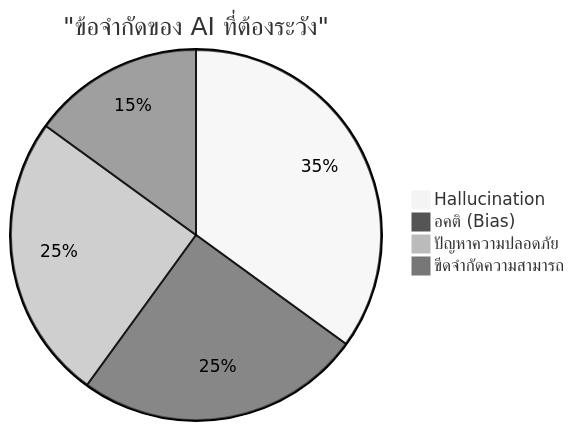
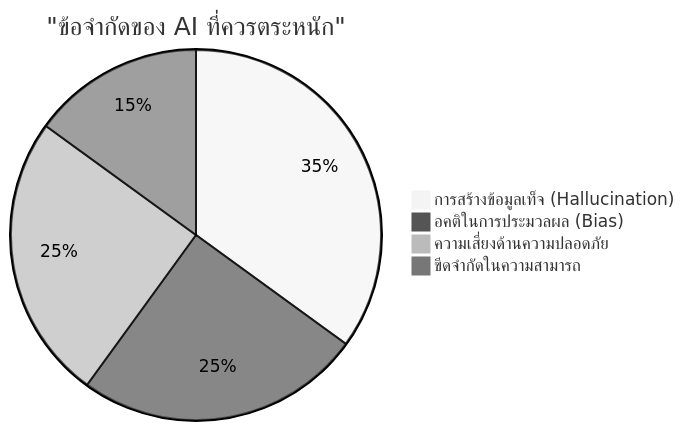
The second of 2 diagrams in docs/01-modern-ai-overview.md (racksync/workshop-ai), drawn with Mermaid (neutral theme) before and after one commit. The commit also changed other lines of this file, not shown here.

````diff
--- a/docs/01-modern-ai-overview.md
+++ b/docs/01-modern-ai-overview.md
@@ -97,8 +97,8 @@
 ```mermaid
 pie
-    title "ข้อจำกัดของ AI ที่ต้องระวัง"
-    "Hallucination" : 35
-    "อคติ (Bias)" : 25
-    "ปัญหาความปลอดภัย" : 25
-    "ขีดจำกัดความสามารถ" : 15
+    title "ข้อจำกัดของ AI ที่ควรตระหนัก"
+    "การสร้างข้อมูลเท็จ (Hallucination)" : 35
+    "อคติในการประมวลผล (Bias)" : 25
+    "ความเสี่ยงด้านความปลอดภัย" : 25
+    "ขีดจำกัดในความสามารถ" : 15
 ```
````
